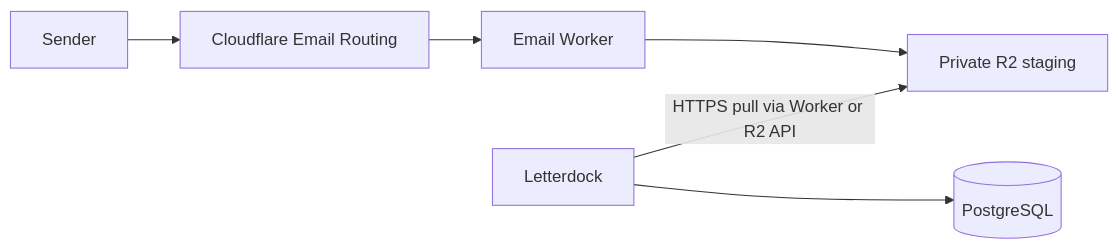
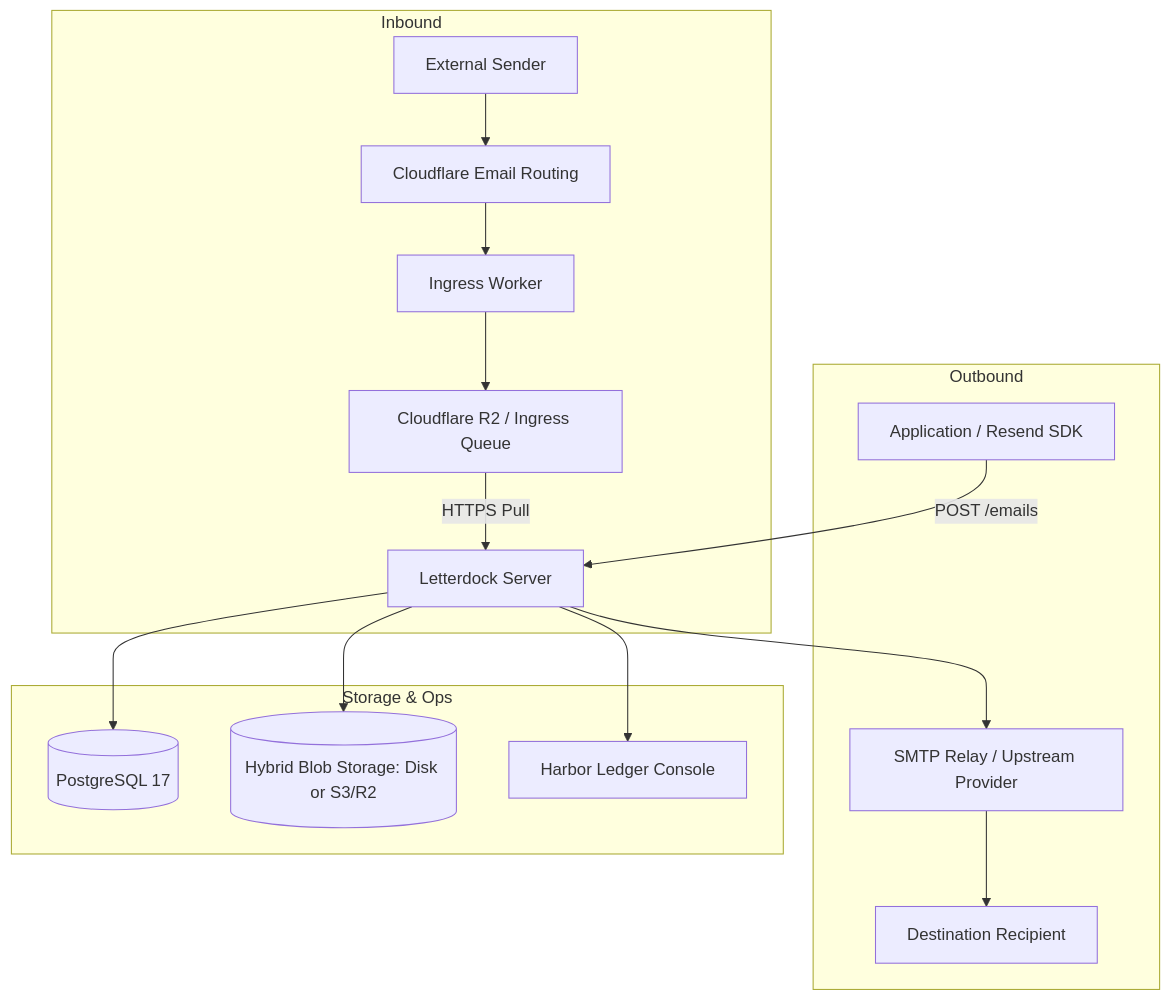
The diagram in README.md (hamskillah/letterdock), drawn with Mermaid before and after one commit. The commit also changed other lines of this file and 7 other files, not shown here.

````diff
--- a/README.md
+++ b/README.md
@@ -90,8 +27,21 @@
 ```mermaid
-flowchart LR
-    Sender --> Routing[Cloudflare Email Routing]
-    Routing --> Worker[Email Worker]
-    Worker --> R2[Private R2 staging]
-    App[Letterdock] -->|HTTPS pull via Worker or R2 API| R2
-    App --> Postgres[(PostgreSQL)]
+flowchart TD
+    subgraph Inbound
+        Sender[External Sender] --> CF[Cloudflare Email Routing]
+        CF --> Worker[Ingress Worker]
+        Worker --> R2[Cloudflare R2 / Ingress Queue]
+        R2 -->|HTTPS Pull| LD[Letterdock Server]
+    end
+
+    subgraph Outbound
+        AppClient[Application / Resend SDK] -->|POST /emails| LD
+        LD --> Relay[SMTP Relay / Upstream Provider]
+        Relay --> Recipient[Destination Recipient]
+    end
+
+    subgraph Storage & Ops
+        LD --> DB[(PostgreSQL 17)]
+        LD --> Blobs[(Hybrid Blob Storage: Disk or S3/R2)]
+        LD --> UI[Harbor Ledger Console]
+    end
 ```
````
